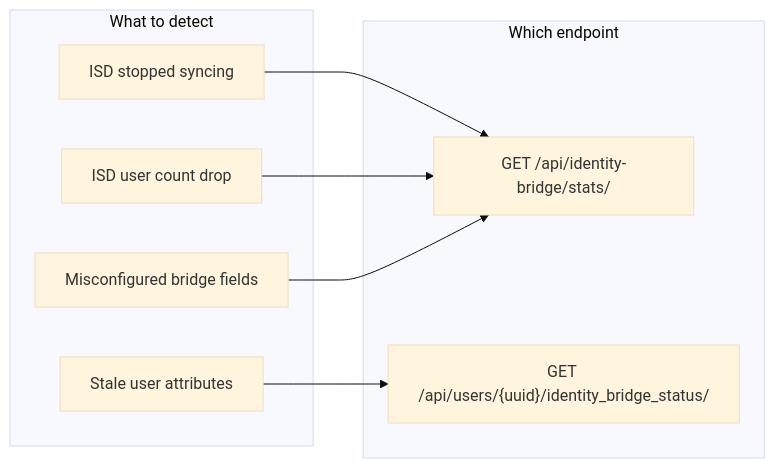
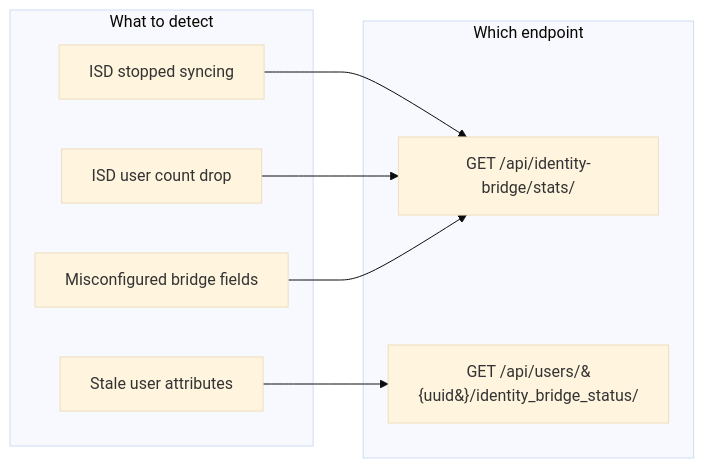
The ninth of 9 diagrams in docs/developer-guide/identity-bridge.md (waldur/waldur-docs), drawn with Mermaid (base theme) before and after one commit. The commit also changed other lines of this file and 34 other files, not shown here.

````diff
--- a/docs/developer-guide/identity-bridge.md
+++ b/docs/developer-guide/identity-bridge.md
@@ -572,19 +572,19 @@
 ```mermaid
 flowchart LR
     subgraph Detect["What to detect"]
         D1["ISD stopped syncing"]
         D2["Stale user attributes"]
         D3["ISD user count drop"]
         D4["Misconfigured bridge fields"]
     end
 
     subgraph Endpoint["Which endpoint"]
         E1["GET /api/identity-bridge/stats/"]
-        E2["GET /api/users/{uuid}/identity_bridge_status/"]
+        E2["GET /api/users/&#123;uuid&#125;/identity_bridge_status/"]
     end
 
     D1 --> E1
     D2 --> E2
     D3 --> E1
     D4 --> E1
 ```
````
